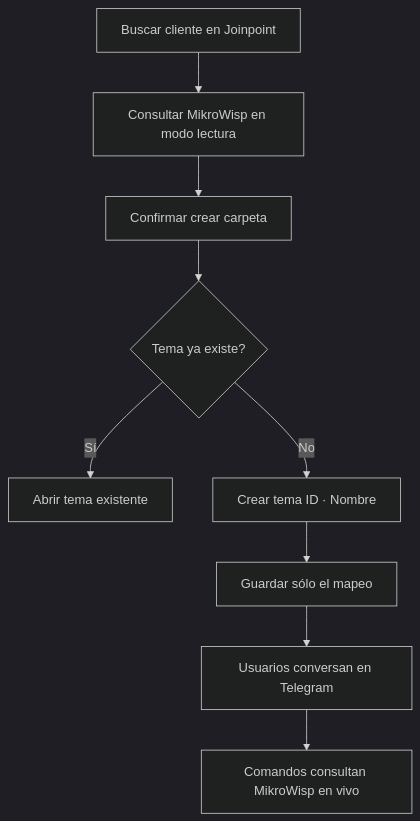
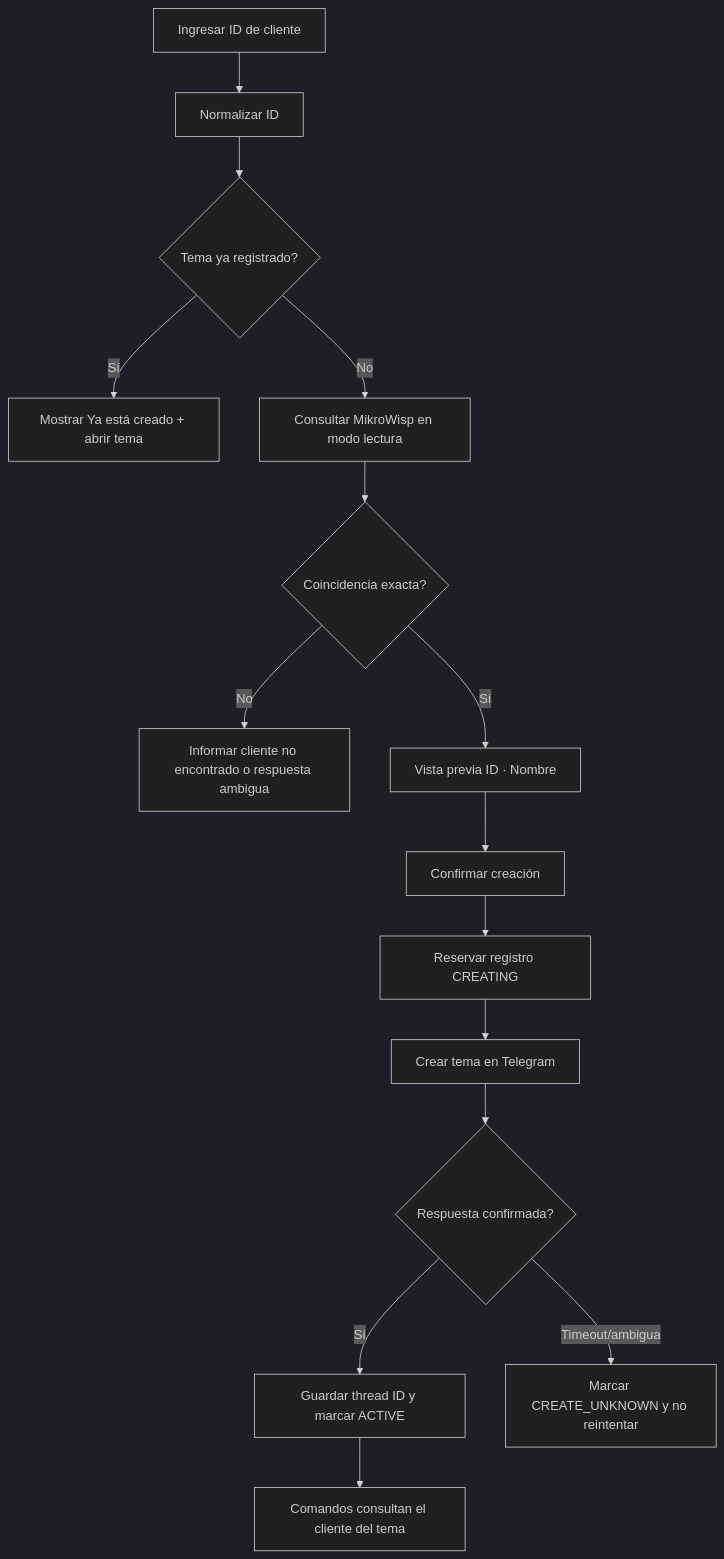
Before and after one commit to FernandoDiazM5/GestionVPN-1.0: the diagram in docs/implementation/PLAN_MIKROWISP_TELEGRAM_HISTORIAL_CLIENTES_2026-08-28.md, drawn with Mermaid (dark theme). The commit also changed other lines of this file and 2 other files, not shown here.

Commit message:
Refina plan de control Telegram y guias

````diff
--- a/docs/implementation/PLAN_MIKROWISP_TELEGRAM_HISTORIAL_CLIENTES_2026-08-28.md
+++ b/docs/implementation/PLAN_MIKROWISP_TELEGRAM_HISTORIAL_CLIENTES_2026-08-28.md
@@ -79,11 +118,17 @@
 ```mermaid
 flowchart TD
-  A["Buscar cliente en Joinpoint"] --> B["Consultar MikroWisp en modo lectura"]
-  B --> C["Confirmar crear carpeta"]
-  C --> D{"Tema ya existe?"}
-  D -- "Sí" --> E["Abrir tema existente"]
-  D -- "No" --> F["Crear tema ID · Nombre"]
-  F --> G["Guardar sólo el mapeo"]
-  G --> H["Usuarios conversan en Telegram"]
-  H --> I["Comandos consultan MikroWisp en vivo"]
+  A["Ingresar ID de cliente"] --> B["Normalizar ID"]
+  B --> C{"Tema ya registrado?"}
+  C -- "Sí" --> D["Mostrar Ya está creado + abrir tema"]
+  C -- "No" --> E["Consultar MikroWisp en modo lectura"]
+  E --> F{"Coincidencia exacta?"}
+  F -- "No" --> G["Informar cliente no encontrado o respuesta ambigua"]
+  F -- "Sí" --> H["Vista previa ID · Nombre"]
+  H --> I["Confirmar creación"]
+  I --> J["Reservar registro CREATING"]
+  J --> K["Crear tema en Telegram"]
+  K --> L{"Respuesta confirmada?"}
+  L -- "Sí" --> M["Guardar thread ID y marcar ACTIVE"]
+  L -- "Timeout/ambigua" --> N["Marcar CREATE_UNKNOWN y no reintentar"]
+  M --> O["Comandos consultan el cliente del tema"]
 ```
````
